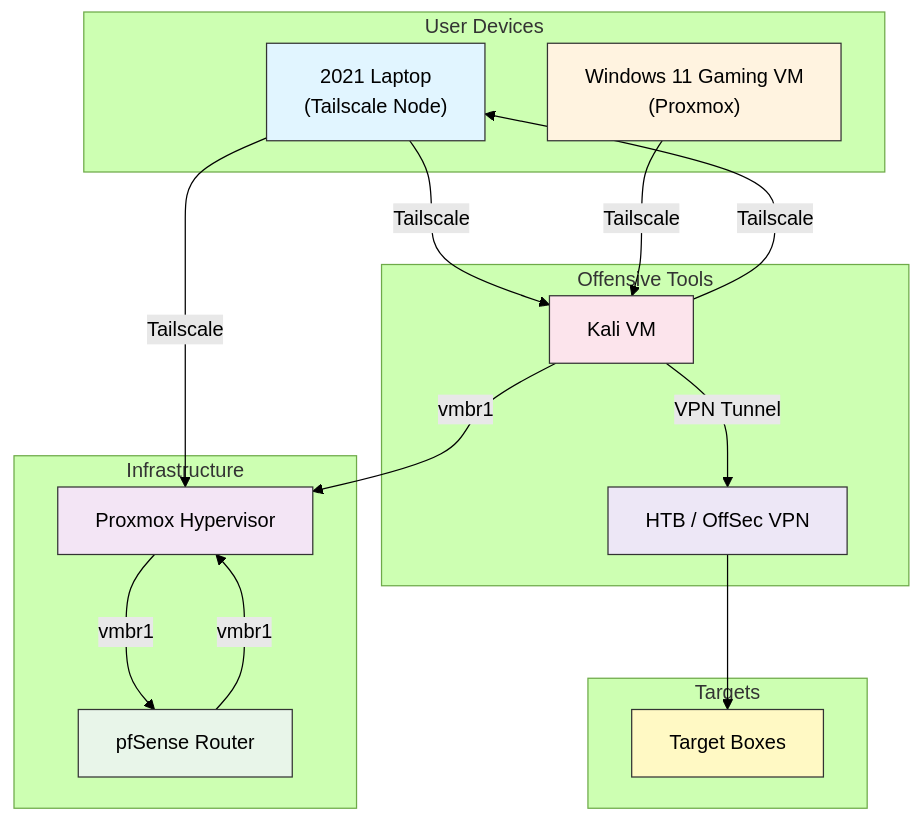
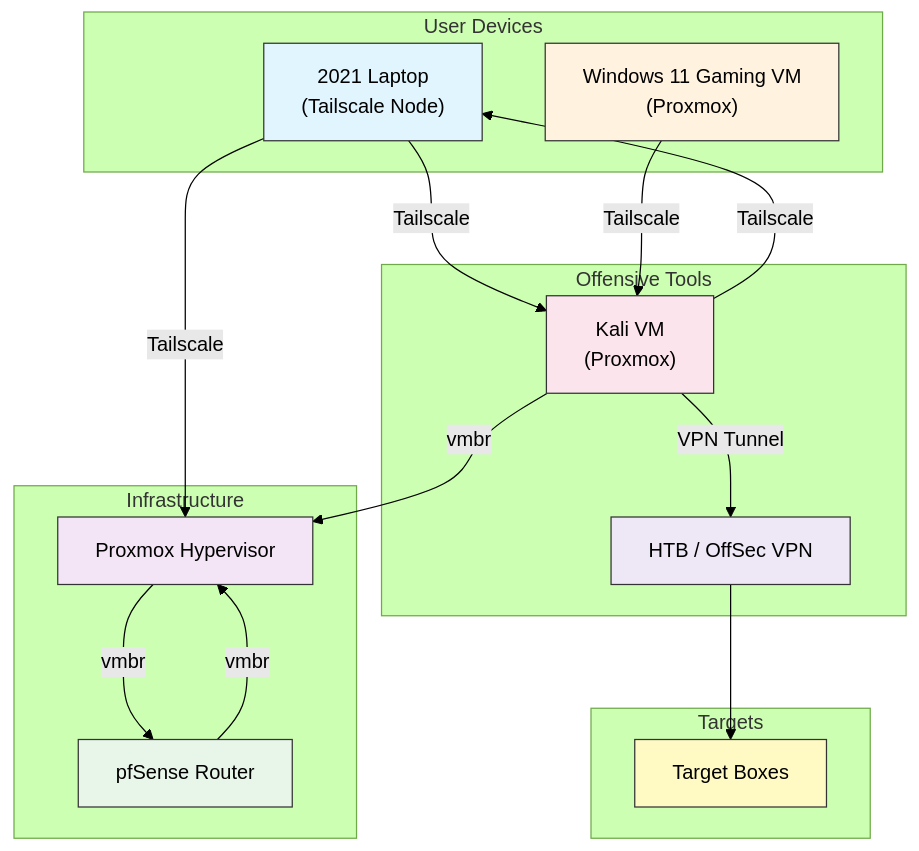
Before and after one commit to Surzal-kali/git: the diagram in Challenges/topology/topology.md, drawn with Mermaid (forest theme).

````diff
--- a/Challenges/topology/topology.md
+++ b/Challenges/topology/topology.md
@@ -1,40 +1,40 @@
 ```mermaid
 flowchart TD
   %% Grouped nodes for clarity
   subgraph "User Devices"
     A["2021 Laptop<br/>(Tailscale Node)"]
     B["Windows 11 Gaming VM<br/>(Proxmox)"]
   end
 
   subgraph "Infrastructure"
     C["Proxmox Hypervisor"]
     D["pfSense Router"]
   end
 
   subgraph "Offensive Tools"
-    E["Kali VM"]
+    E["Kali VM<br/>(Proxmox)"]
     F["HTB / OffSec VPN"]
   end
 
   subgraph "Targets"
     G["Target Boxes"]
   end
 
   A -->|Tailscale| E
   A -->|Tailscale| C
   B -->|Tailscale| E
-  E -->|vmbr1| C
-  C -->|vmbr1| D
-  D -->|vmbr1| C
+  E -->|vmbr| C
+  C -->|vmbr| D
+  D -->|vmbr| C
   E -->|VPN Tunnel| F
   F --> G
   E -->|Tailscale| A
 
   style A fill:#e1f5ff,stroke:#333,stroke-width:1px
   style B fill:#fff3e0,stroke:#333,stroke-width:1px
   style C fill:#f3e5f5,stroke:#333,stroke-width:1px
   style D fill:#e8f5e9,stroke:#333,stroke-width:1px
   style E fill:#fce4ec,stroke:#333,stroke-width:1px
   style F fill:#ede7f6,stroke:#333,stroke-width:1px
   style G fill:#fff9c4,stroke:#333,stroke-width:1px
 ```
````
